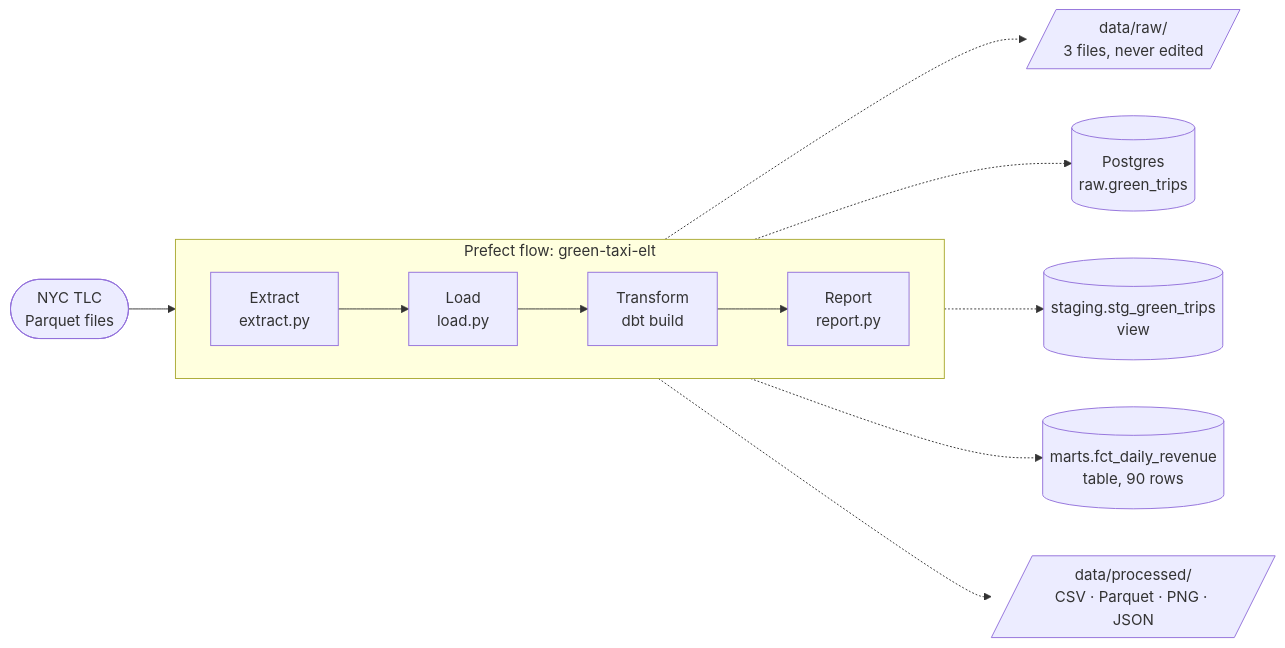
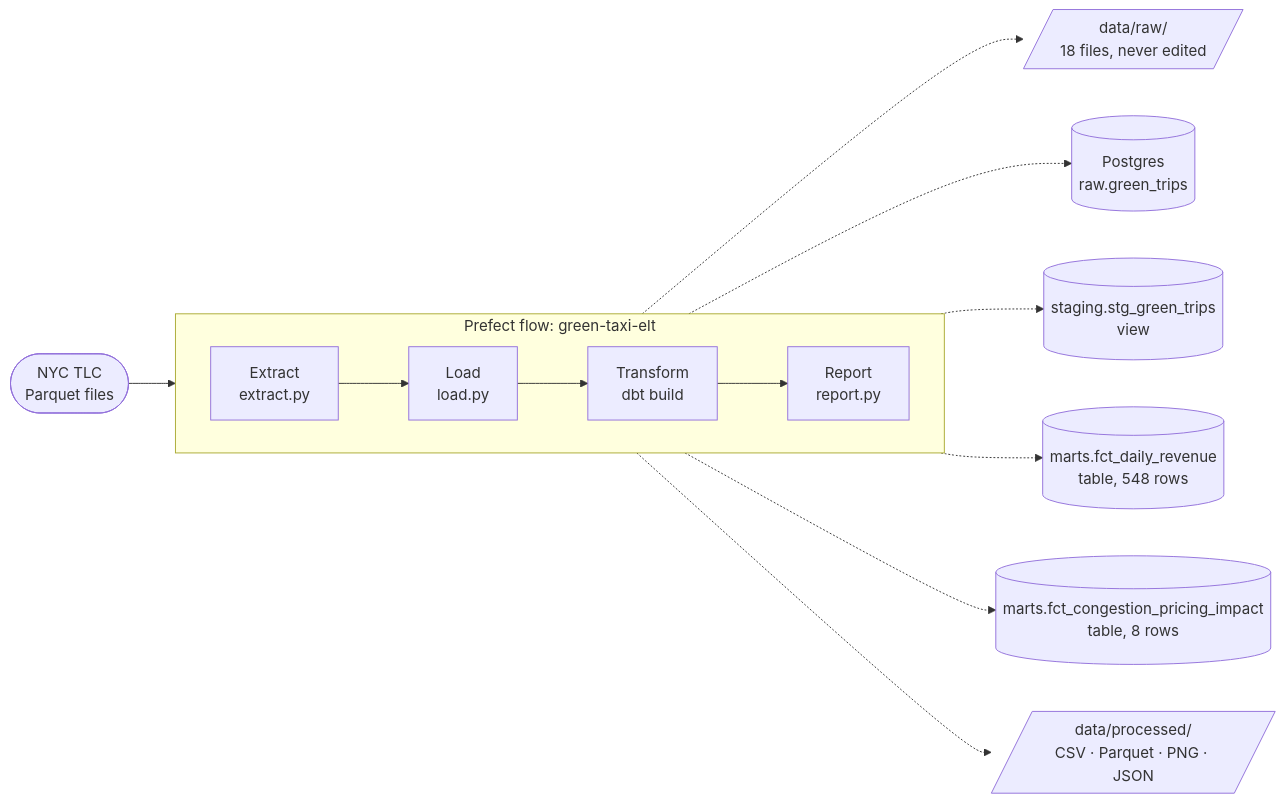
One commit to sean-mas/nyc-taxi-congestion-pricing-pipeline changed the diagram in README.md. Above: the diagram before and after it, drawn with Mermaid. The commit also changed other lines of this file and 4 other files, not shown here.

First line of the commit message:
Lead the README with the congestion pricing findings

````diff
--- a/README.md
+++ b/README.md
@@ -13,13 +45,14 @@
 ```mermaid
 flowchart LR
     subgraph prefect["Prefect flow: green-taxi-elt"]
         direction LR
         E["Extract<br/>extract.py"] --> L["Load<br/>load.py"] --> T["Transform<br/>dbt build"] --> R["Report<br/>report.py"]
     end
     TLC(["NYC TLC<br/>Parquet files"]) --> E
-    E -.-> RAW[/"data/raw/<br/>3 files, never edited"/]
+    E -.-> RAW[/"data/raw/<br/>18 files, never edited"/]
     L -.-> PG[("Postgres<br/>raw.green_trips")]
     T -.-> STG[("staging.stg_green_trips<br/>view")]
-    T -.-> MART[("marts.fct_daily_revenue<br/>table, 90 rows")]
+    T -.-> MART[("marts.fct_daily_revenue<br/>table, 548 rows")]
+    T -.-> IMPACT[("marts.fct_congestion_pricing_impact<br/>table, 8 rows")]
     R -.-> OUT[/"data/processed/<br/>CSV · Parquet · PNG · JSON"/]
 ```
````
